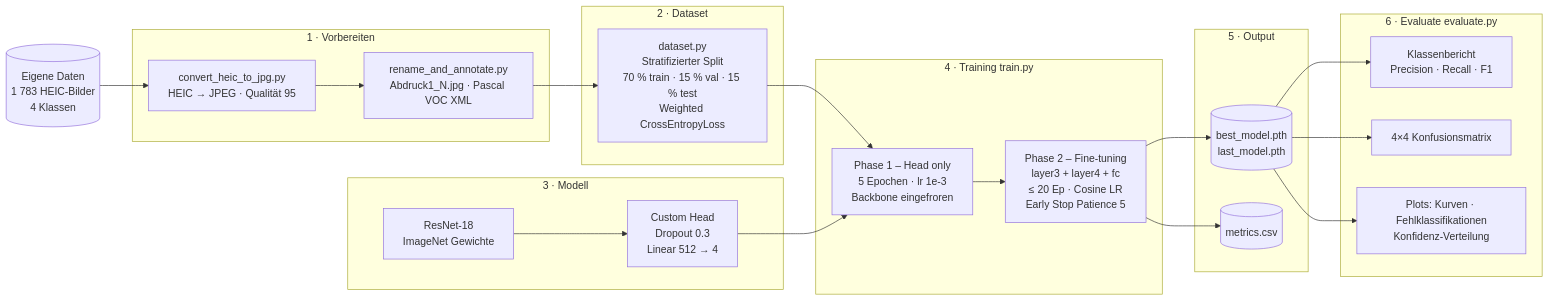
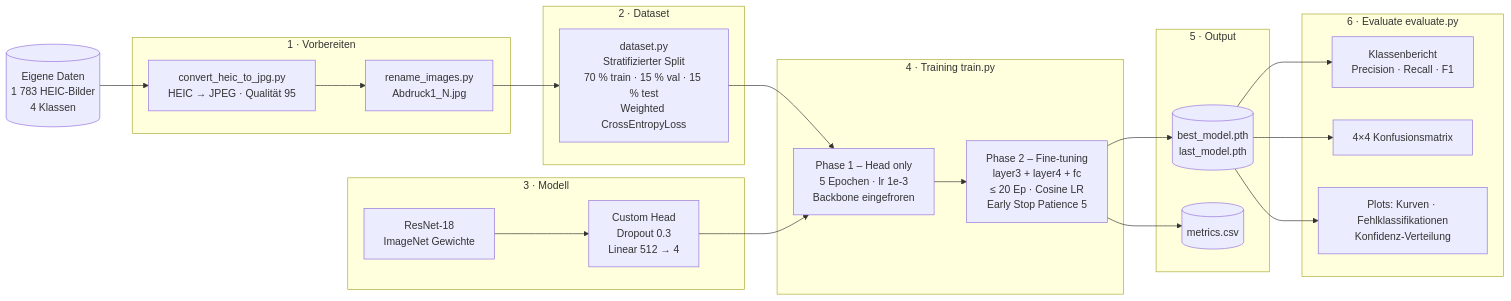
The first of 2 diagrams in README.md (dataenthusiast-io/cnn-surface-defect-classifier), drawn with Mermaid before and after one commit. The commit also changed other lines of this file and 15 other files, not shown here.

````diff
--- a/README.md
+++ b/README.md
@@ -168,47 +167,47 @@
 ```mermaid
 flowchart LR
     DS[(Eigene Daten\n1 783 HEIC-Bilder\n4 Klassen)]
 
     subgraph acquire["1 · Vorbereiten"]
         DL["convert_heic_to_jpg.py\nHEIC → JPEG · Qualität 95"]
-        RN["rename_and_annotate.py\nAbdruck1_N.jpg · Pascal VOC XML"]
+        RN["rename_images.py\nAbdruck1_N.jpg"]
         DL --> RN
     end
 
     subgraph prepare["2 · Dataset"]
         DS2["dataset.py\nStratifizierter Split\n70 % train · 15 % val · 15 % test\nWeighted CrossEntropyLoss"]
     end
 
     subgraph arch["3 · Modell"]
         BN["ResNet-18\nImageNet Gewichte"]
         HD["Custom Head\nDropout 0.3\nLinear 512 → 4"]
         BN --> HD
     end
 
     subgraph fit["4 · Training  train.py"]
         P1["Phase 1 – Head only\n5 Epochen · lr 1e-3\nBackbone eingefroren"]
         P2["Phase 2 – Fine-tuning\nlayer3 + layer4 + fc\n≤ 20 Ep · Cosine LR\nEarly Stop Patience 5"]
         P1 --> P2
     end
 
     subgraph out["5 · Output"]
         CK[(best_model.pth\nlast_model.pth)]
         LOG2[(metrics.csv)]
     end
 
     subgraph eval["6 · Evaluate  evaluate.py"]
         REP["Klassenbericht\nPrecision · Recall · F1"]
         CM["4×4 Konfusionsmatrix"]
         PLT["Plots: Kurven · Fehlklassifikationen\nKonfidenz-Verteilung"]
     end
 
     DS --> DL
     RN --> DS2
     DS2 --> P1
     HD --> P1
     P2 --> CK
     P2 --> LOG2
     CK --> REP
     CK --> CM
     CK --> PLT
 ```
````
